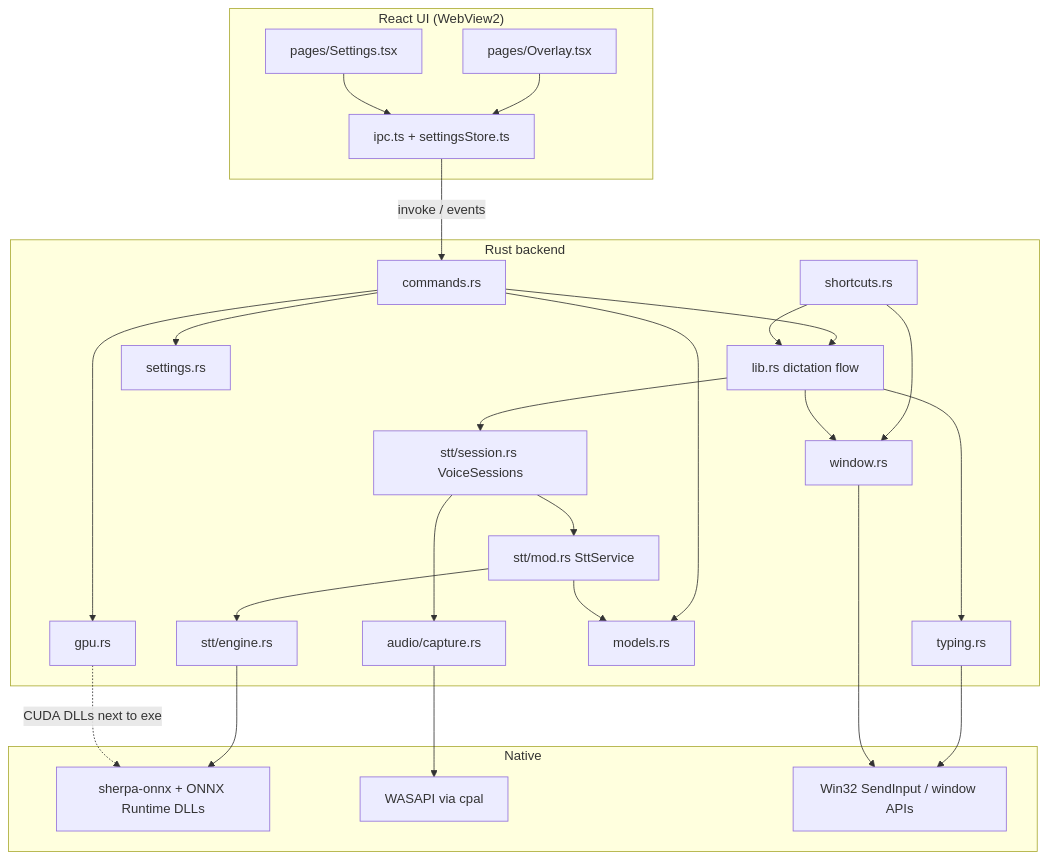
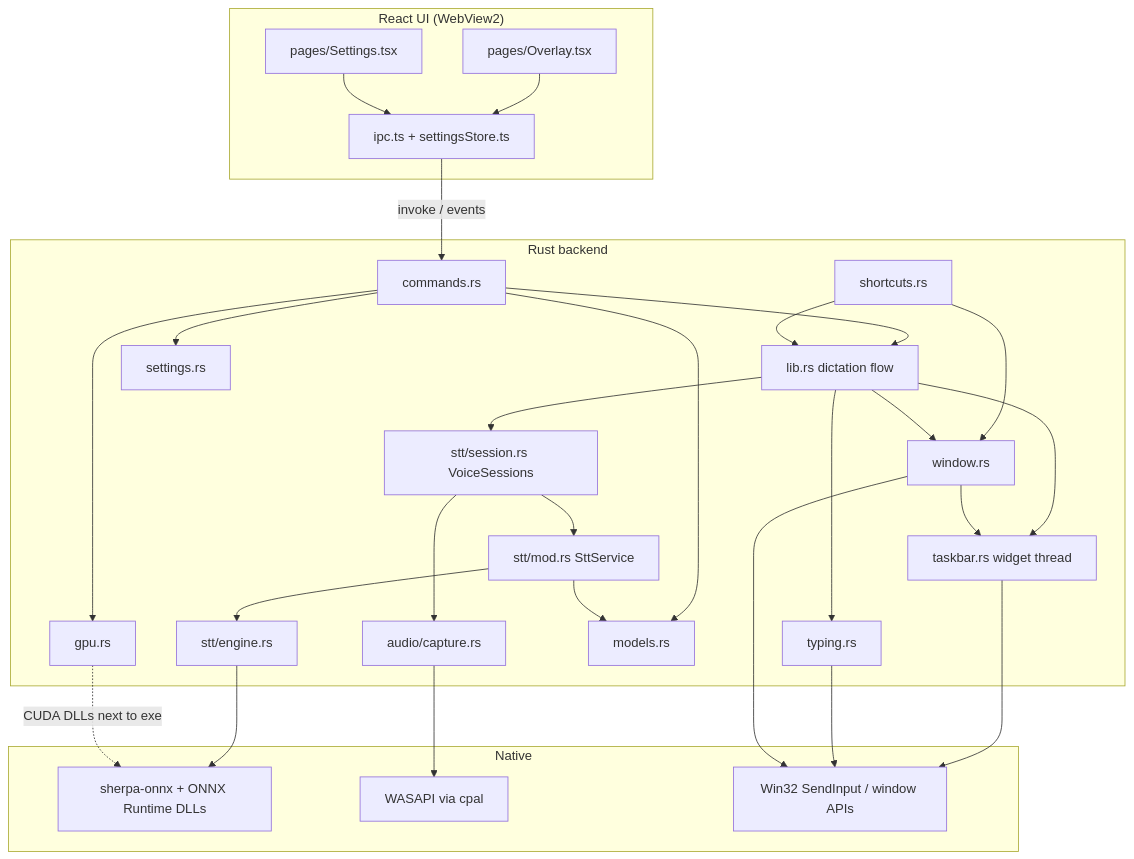
The diagram in specs/diagrams/architecture.mmd (kz370/OpenLocalDictation), drawn with Mermaid before and after one commit. The commit also changed 25 other files, not shown here.

```diff
--- a/specs/diagrams/architecture.mmd
+++ b/specs/diagrams/architecture.mmd
@@ -1,46 +1,50 @@
 flowchart TB
   subgraph UI["React UI (WebView2)"]
     OV[pages/Overlay.tsx]
     ST[pages/Settings.tsx]
     IPC[ipc.ts + settingsStore.ts]
   end
   subgraph RS["Rust backend"]
     CMD[commands.rs]
     LIB[lib.rs dictation flow]
     SC[shortcuts.rs]
     WIN[window.rs]
+    TB[taskbar.rs widget thread]
     VS[stt/session.rs VoiceSessions]
     SS[stt/mod.rs SttService]
     EN[stt/engine.rs]
     AU[audio/capture.rs]
     TY[typing.rs]
     MD[models.rs]
     GP[gpu.rs]
     SE[settings.rs]
   end
   subgraph NAT["Native"]
     SH[sherpa-onnx + ONNX Runtime DLLs]
     MIC[WASAPI via cpal]
     W32[Win32 SendInput / window APIs]
   end
   OV --> IPC
   ST --> IPC
   IPC -- invoke / events --> CMD
   CMD --> LIB
+  LIB --> TB
+  TB --> W32
+  WIN --> TB
   CMD --> MD
   CMD --> GP
   CMD --> SE
   SC --> LIB
   SC --> WIN
   LIB --> VS
   LIB --> TY
   LIB --> WIN
   VS --> AU
   VS --> SS
   SS --> EN
   SS --> MD
   EN --> SH
   AU --> MIC
   TY --> W32
   WIN --> W32
   GP -. CUDA DLLs next to exe .-> SH
```
